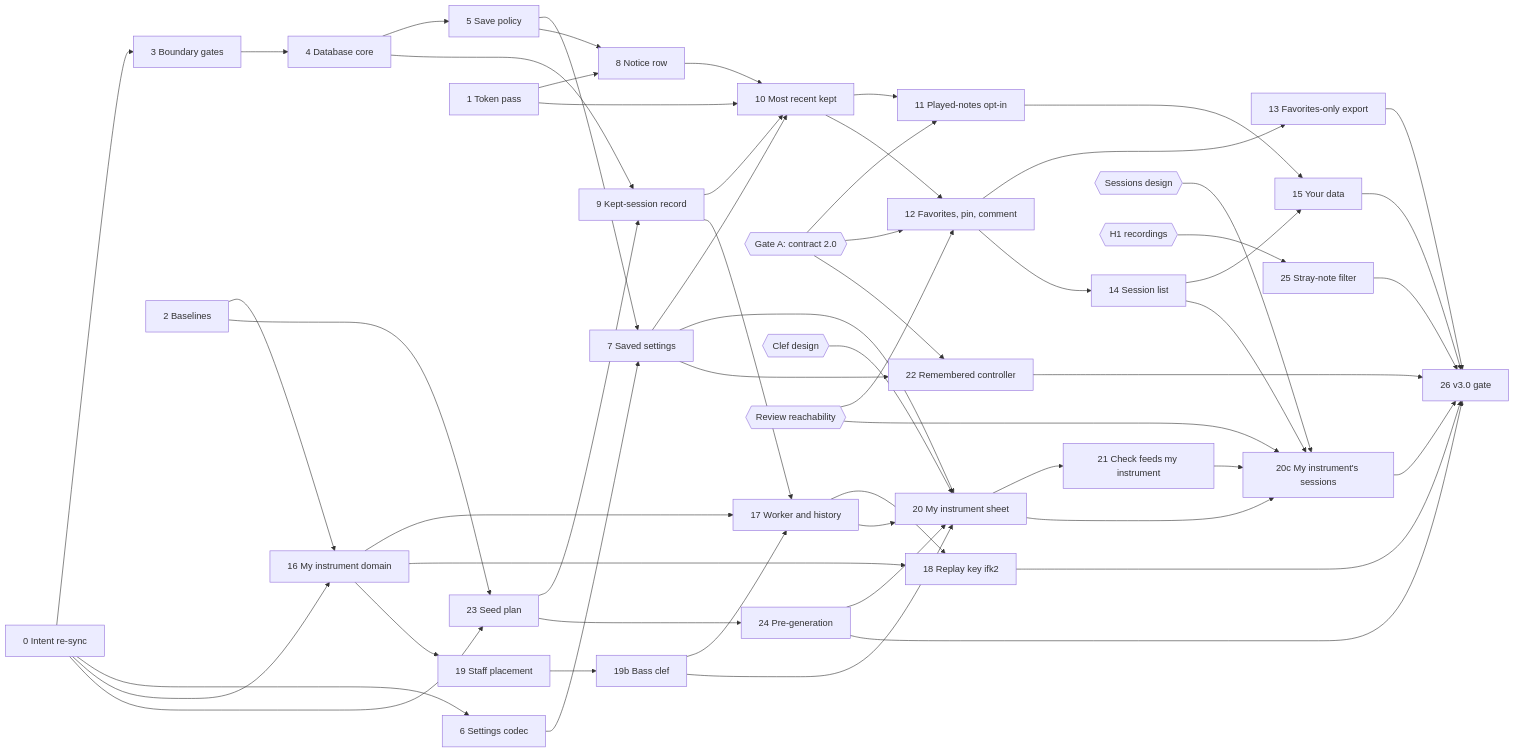
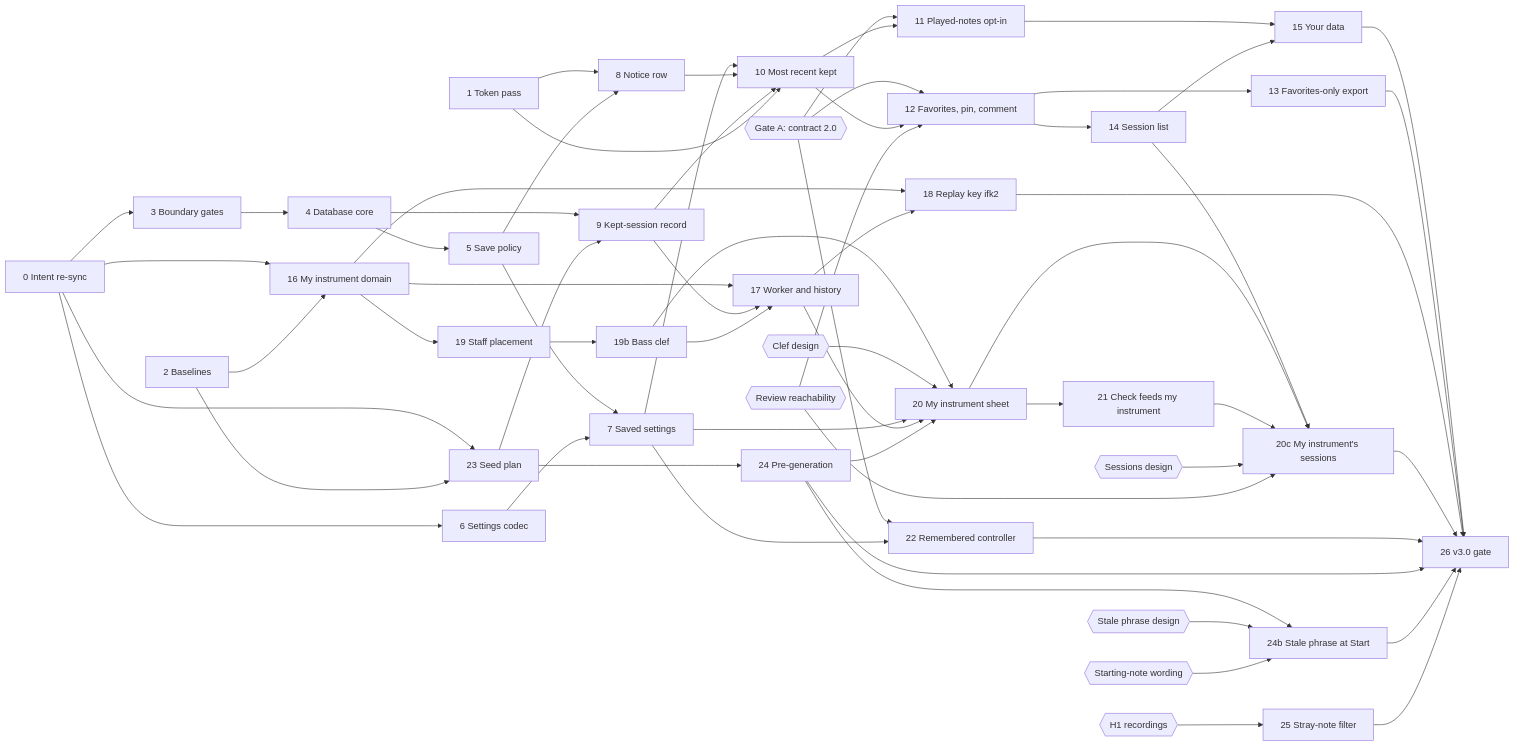
The diagram in specs/versions/v3/build-plan.md (kluthen/infinite-flow), drawn with Mermaid before and after one commit. The commit also changed other lines of this file and 5 other files, not shown here.

First line of the commit message:
Spec: stale phrase at Start (D297), ISS-011 planned for the end of v3.0

````diff
--- a/specs/versions/v3/build-plan.md
+++ b/specs/versions/v3/build-plan.md
@@ -107,59 +118,63 @@
 ```mermaid
 flowchart LR
   C0[0 Intent re-sync] --> C3[3 Boundary gates]
   C0 --> C6[6 Settings codec]
   C0 --> C16[16 My instrument domain]
   C0 --> C23[23 Seed plan]
   C1[1 Token pass] --> C8[8 Notice row]
   C2[2 Baselines] --> C16
   C2 --> C23
   C3 --> C4[4 Database core]
   C4 --> C5[5 Save policy]
   C4 --> C9[9 Kept-session record]
   C23 --> C9
   C5 --> C7[7 Saved settings]
   C6 --> C7
   C5 --> C8
   C7 --> C10[10 Most recent kept]
   C8 --> C10
   C9 --> C10
   C1 --> C10
   GA{{Gate A: contract 2.0}} --> C11
   GA --> C12
   GA --> C22
   C10 --> C11[11 Played-notes opt-in]
   C10 --> C12[12 Favorites, pin, comment]
   C12 --> C13[13 Favorites-only export]
   C12 --> C14[14 Session list]
   C11 --> C15[15 Your data]
   C14 --> C15
   C16 --> C17[17 Worker and history]
   C9 --> C17
   C16 --> C18[18 Replay key ifk2]
   C17 --> C18
   C16 --> C19[19 Staff placement]
   C19 --> C19b[19b Bass clef]
   C19b --> C17
   C19b --> C20
   CD{{Clef design}} --> C20
   C7 --> C20[20 My instrument sheet]
   C17 --> C20
   C24 --> C20
   C20 --> C21[21 Check feeds my instrument]
   C14 --> C20c[20c My instrument's sessions]
   C20 --> C20c
   C21 --> C20c
   SD{{Sessions design}} --> C20c
   RV{{Review reachability}} --> C12
   RV --> C20c
   C7 --> C22[22 Remembered controller]
   C23 --> C24[24 Pre-generation]
   H1{{H1 recordings}} --> C25[25 Stray-note filter]
   C15 --> C26[26 v3.0 gate]
   C13 --> C26
   C18 --> C26
   C20c --> C26
   C22 --> C26
   C24 --> C26
+  C24 --> C24b[24b Stale phrase at Start]
+  SP{{Stale phrase design}} --> C24b
+  SN{{Starting-note wording}} --> C24b
+  C24b --> C26
   C25 --> C26
 ```
````
